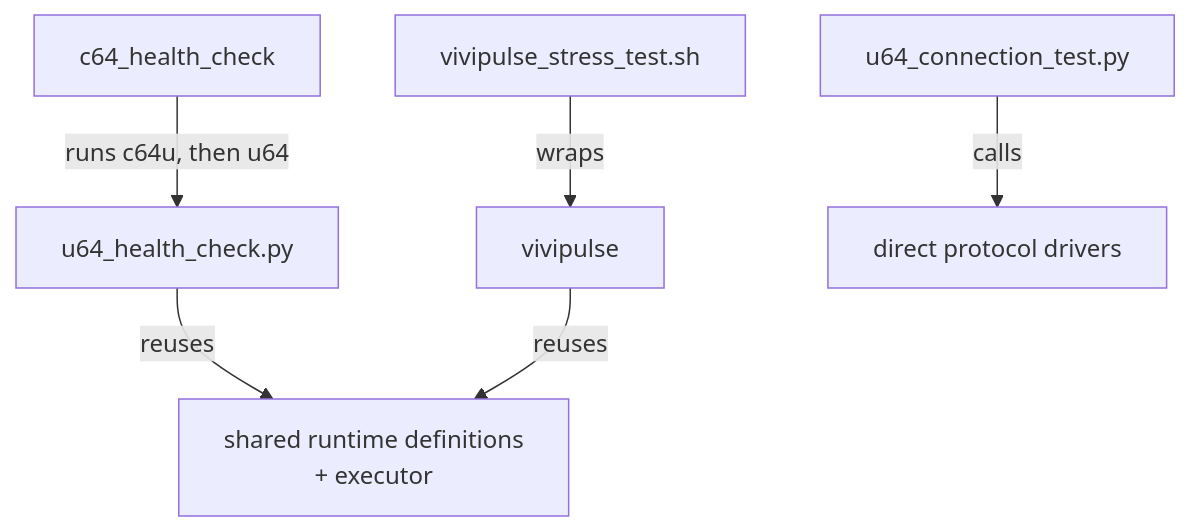
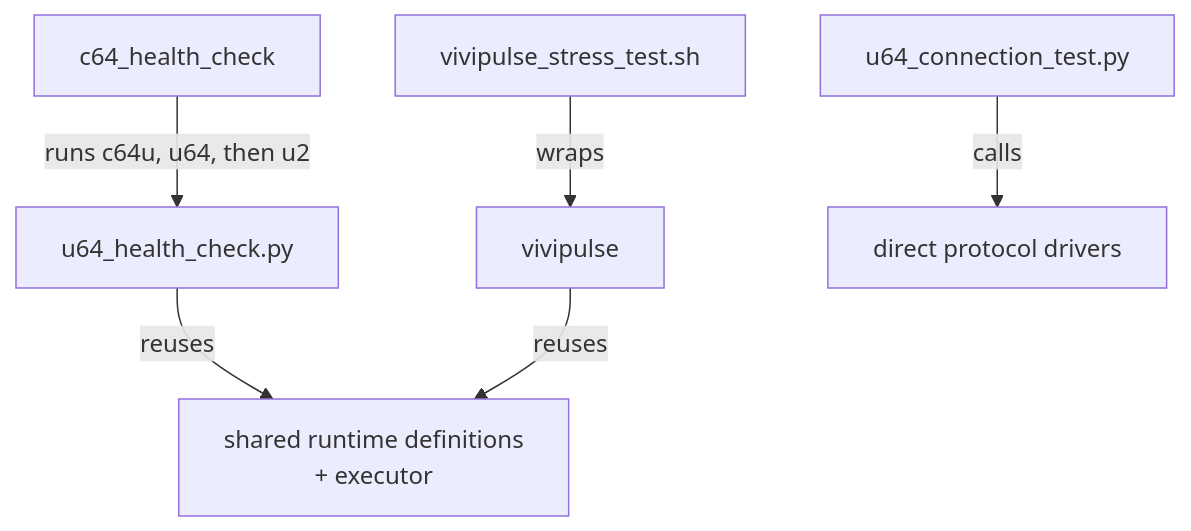
Before and after one commit to chrisgleissner/vivipi: the diagram in docs/c64u-u64-cli.md, drawn with Mermaid. The commit also changed other lines of this file and 7 other files, not shown here.

First line of the commit message:
Run c64_health_check (h alias) against u2 too

````diff
--- a/docs/c64u-u64-cli.md
+++ b/docs/c64u-u64-cli.md
@@ -25,8 +25,8 @@
 ```mermaid
 flowchart TD
-    A[c64_health_check] -->|runs c64u, then u64| B[u64_health_check.py]
+    A[c64_health_check] -->|runs c64u, u64, then u2| B[u64_health_check.py]
     B -->|reuses| C[shared runtime definitions<br/>+ executor]
     D[vivipulse_stress_test.sh] -->|wraps| E[vivipulse]
     E -->|reuses| C
     F[u64_connection_test.py] -->|calls| G[direct protocol drivers]
 ```
````
